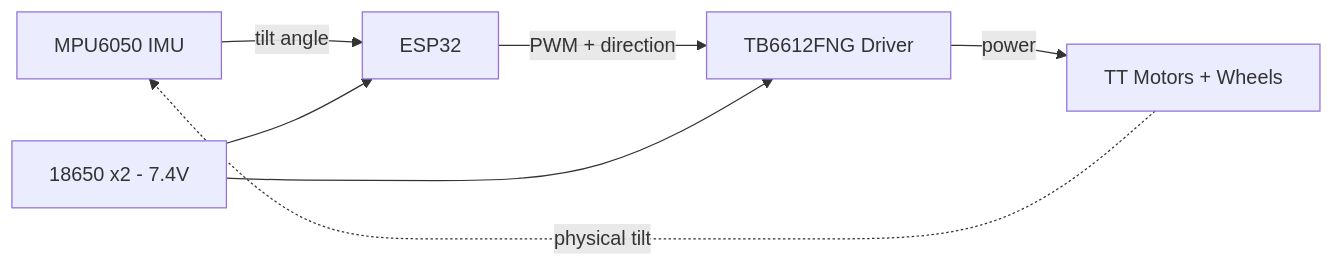
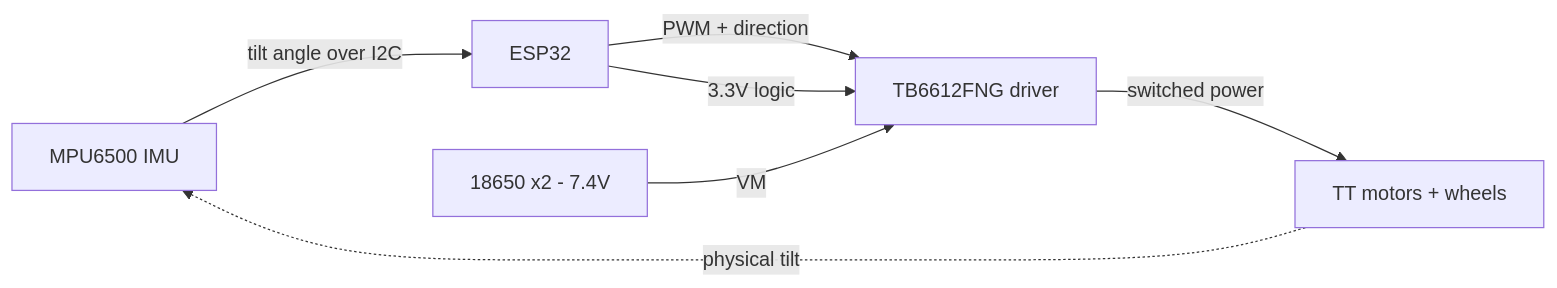
Before and after one commit to Intechgent/esp32-self-balancing-robot: the diagram in README.md, drawn with Mermaid. The commit also changed other lines of this file and 1 other file, not shown here.

````diff
--- a/README.md
+++ b/README.md
@@ -65,9 +95,9 @@
 ```mermaid
 flowchart LR
-    IMU[MPU6050 IMU] -->|tilt angle| ESP[ESP32]
-    ESP -->|PWM + direction| DRV[TB6612FNG Driver]
-    DRV -->|power| M[TT Motors + Wheels]
+    IMU[MPU6500 IMU] -->|tilt angle over I2C| ESP[ESP32]
+    ESP -->|PWM + direction| DRV[TB6612FNG driver]
+    DRV -->|switched power| M[TT motors + wheels]
     M -.->|physical tilt| IMU
-    BAT[18650 x2 - 7.4V] --> DRV
-    BAT --> ESP
+    BAT[18650 x2 - 7.4V] -->|VM| DRV
+    ESP -->|3.3V logic| DRV
 ```
````
